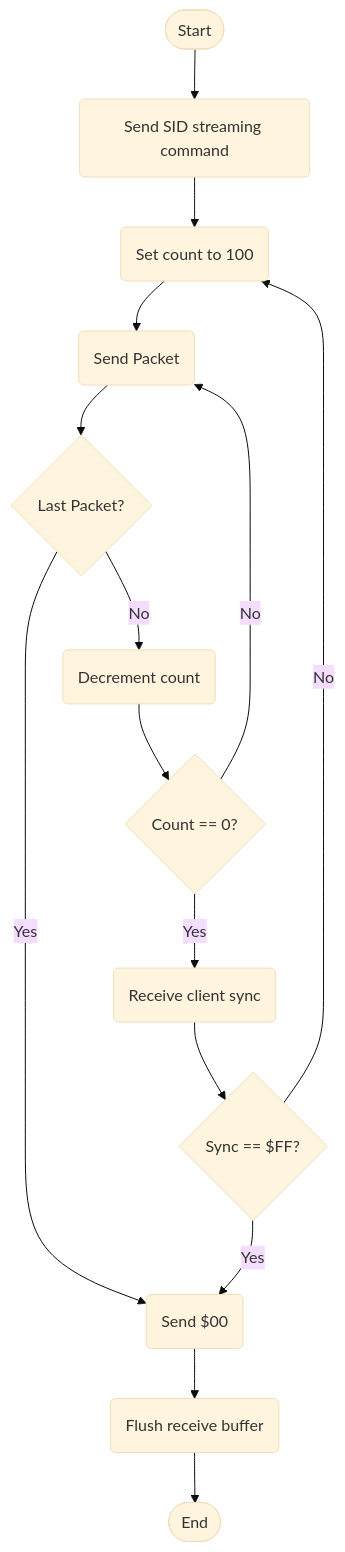
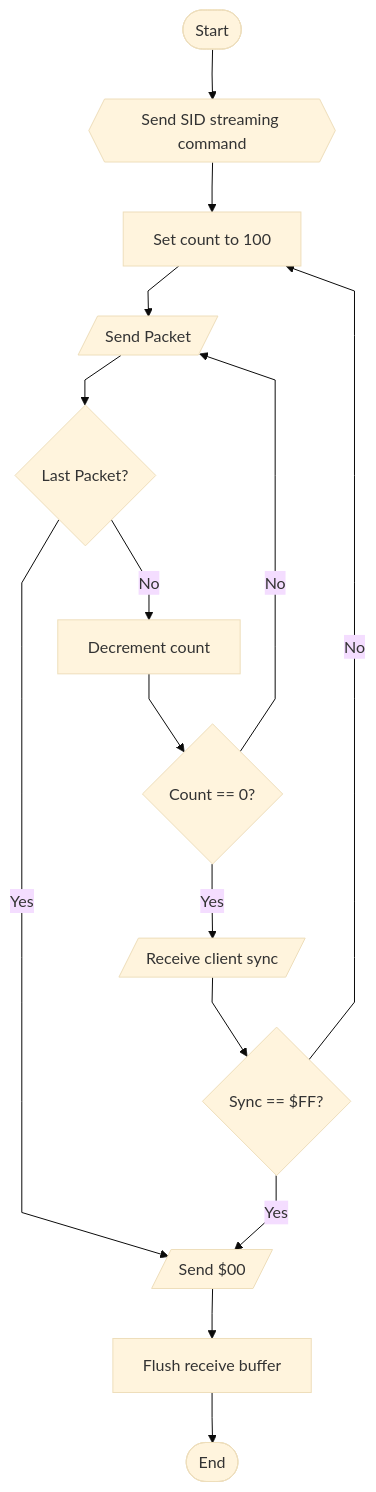
One commit to retrocomputacion/retrobbs changed the first of 2 diagrams in docs/sid_streaming.md. Above: the diagram before and after it, drawn with Mermaid (base theme). The commit also changed other lines of this file and 1 other file, not shown here.

````diff
--- a/docs/sid_streaming.md
+++ b/docs/sid_streaming.md
@@ -19,22 +18,23 @@
 ```mermaid
+%%{ init: { 'flowchart': { 'curve': 'linear' } } }%%
 flowchart TD
  id1([Start])
- id2(Send SID streaming command)
- id3(Set count to 100)
- id4(Send Packet)
+ id2{{Send SID streaming command}}
+ id3[Set count to 100]
+ id4[/Send Packet/]
  id5{Last Packet?}
- id6(Decrement count)
+ id6[Decrement count]
  id7{Count == 0?}
- id8(Receive client sync)
+ id8[/Receive client sync/]
  id9{Sync == $FF?}
- id10(Send $00)
- id11(Flush receive buffer)
+ id10[/Send $00/]
+ id11[Flush receive buffer]
  id12([End])
  id1-->id2-->id3-->id4-->id5
  id5-- No -->id6-->id7
  id7-- No -->id4
  id7-- Yes -->id8-->id9
  id9-- No -->id3
  id5 & id9-- Yes -->id10-->id11-->id12
 
 ```
````
